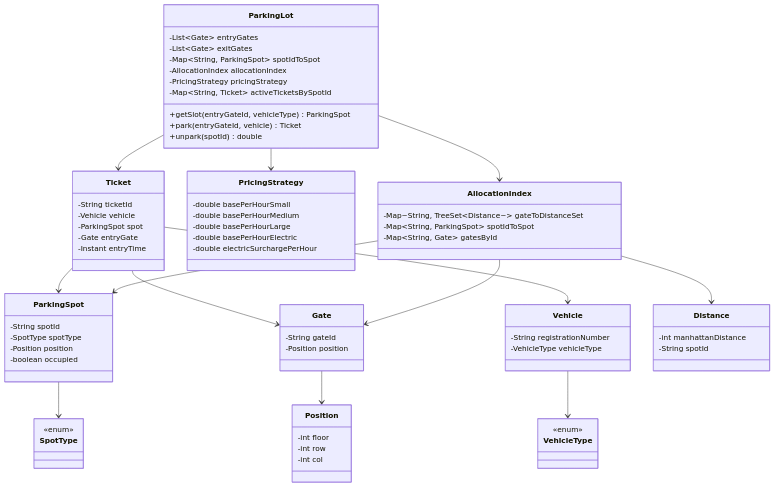
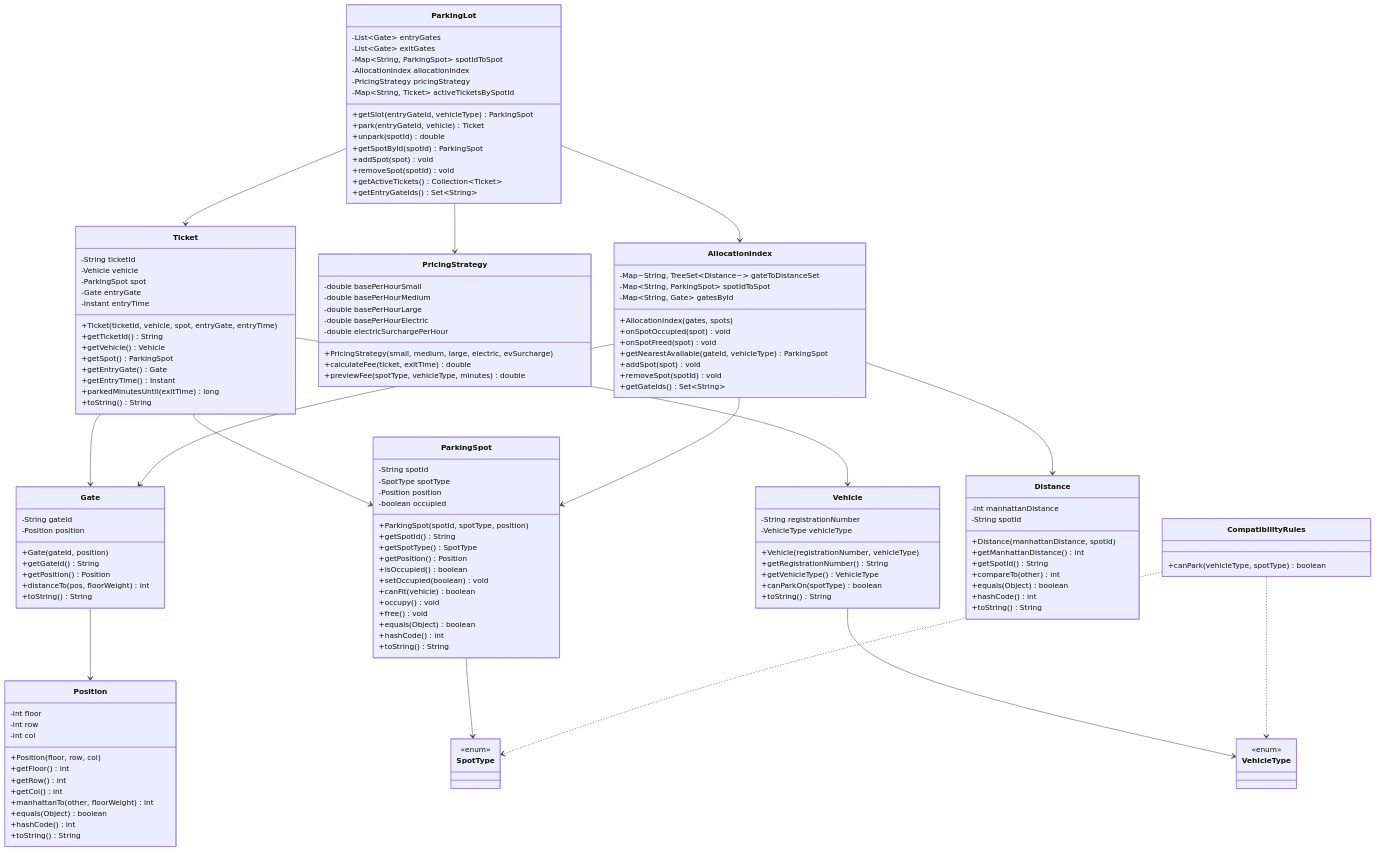
One commit to SarthakPaandey/ParkingLotLLD changed the diagram in README.md. Above: the diagram before and after it, drawn with Mermaid. The commit also changed other lines of this file and 9 other files, not shown here.

Commit message:
docs: enrich UML with operations; feat: add methods across classes

````diff
--- a/README.md
+++ b/README.md
@@ -11,11 +27,24 @@
       -int floor
       -int row
       -int col
+      +Position(floor, row, col)
+      +getFloor() int
+      +getRow() int
+      +getCol() int
+      +manhattanTo(other, floorWeight) int
+      +equals(Object) boolean
+      +hashCode() int
+      +toString() String
     }
 
     class Gate {
       -String gateId
       -Position position
+      +Gate(gateId, position)
+      +getGateId() String
+      +getPosition() Position
+      +distanceTo(pos, floorWeight) int
+      +toString() String
     }
 
     class ParkingSpot {
@@ -23,11 +52,28 @@
       -SpotType spotType
       -Position position
       -boolean occupied
+      +ParkingSpot(spotId, spotType, position)
+      +getSpotId() String
+      +getSpotType() SpotType
+      +getPosition() Position
+      +isOccupied() boolean
+      +setOccupied(boolean) void
+      +canFit(vehicle) boolean
+      +occupy() void
+      +free() void
+      +equals(Object) boolean
+      +hashCode() int
+      +toString() String
     }
 
     class Vehicle {
       -String registrationNumber
       -VehicleType vehicleType
+      +Vehicle(registrationNumber, vehicleType)
+      +getRegistrationNumber() String
+      +getVehicleType() VehicleType
+      +canParkOn(spotType) boolean
+      +toString() String
     }
 
     class Ticket {
@@ -36,6 +82,14 @@
       -ParkingSpot spot
       -Gate entryGate
       -Instant entryTime
+      +Ticket(ticketId, vehicle, spot, entryGate, entryTime)
+      +getTicketId() String
+      +getVehicle() Vehicle
+      +getSpot() ParkingSpot
+      +getEntryGate() Gate
+      +getEntryTime() Instant
+      +parkedMinutesUntil(exitTime) long
+      +toString() String
     }
 
     class PricingStrategy {
@@ -44,17 +98,34 @@
       -double basePerHourLarge
       -double basePerHourElectric
       -double electricSurchargePerHour
+      +PricingStrategy(small, medium, large, electric, evSurcharge)
+      +calculateFee(ticket, exitTime) double
+      +previewFee(spotType, vehicleType, minutes) double
     }
 
     class AllocationIndex {
       -Map~String, TreeSet~Distance~~ gateToDistanceSet
       -Map~String, ParkingSpot~ spotIdToSpot
       -Map~String, Gate~ gatesById
+      +AllocationIndex(gates, spots)
+      +onSpotOccupied(spot) void
+      +onSpotFreed(spot) void
+      +getNearestAvailable(gateId, vehicleType) ParkingSpot
+      +addSpot(spot) void
+      +removeSpot(spotId) void
+      +getGateIds() Set~String~
     }
 
     class Distance {
       -int manhattanDistance
       -String spotId
+      +Distance(manhattanDistance, spotId)
+      +getManhattanDistance() int
+      +getSpotId() String
+      +compareTo(other) int
+      +equals(Object) boolean
+      +hashCode() int
+      +toString() String
     }
 
     class ParkingLot {
@@ -67,6 +138,15 @@
       +getSlot(entryGateId, vehicleType) ParkingSpot
       +park(entryGateId, vehicle) Ticket
       +unpark(spotId) double
+      +getSpotById(spotId) ParkingSpot
+      +addSpot(spot) void
+      +removeSpot(spotId) void
+      +getActiveTickets() Collection~Ticket~
+      +getEntryGateIds() Set~String~
+    }
+
+    class CompatibilityRules {
+      +canPark(vehicleType, spotType) boolean
     }
 
     Vehicle --> VehicleType
@@ -81,4 +161,6 @@
     ParkingLot --> AllocationIndex
     ParkingLot --> PricingStrategy
     ParkingLot --> Ticket
+    CompatibilityRules ..> VehicleType
+    CompatibilityRules ..> SpotType
 ```
````
